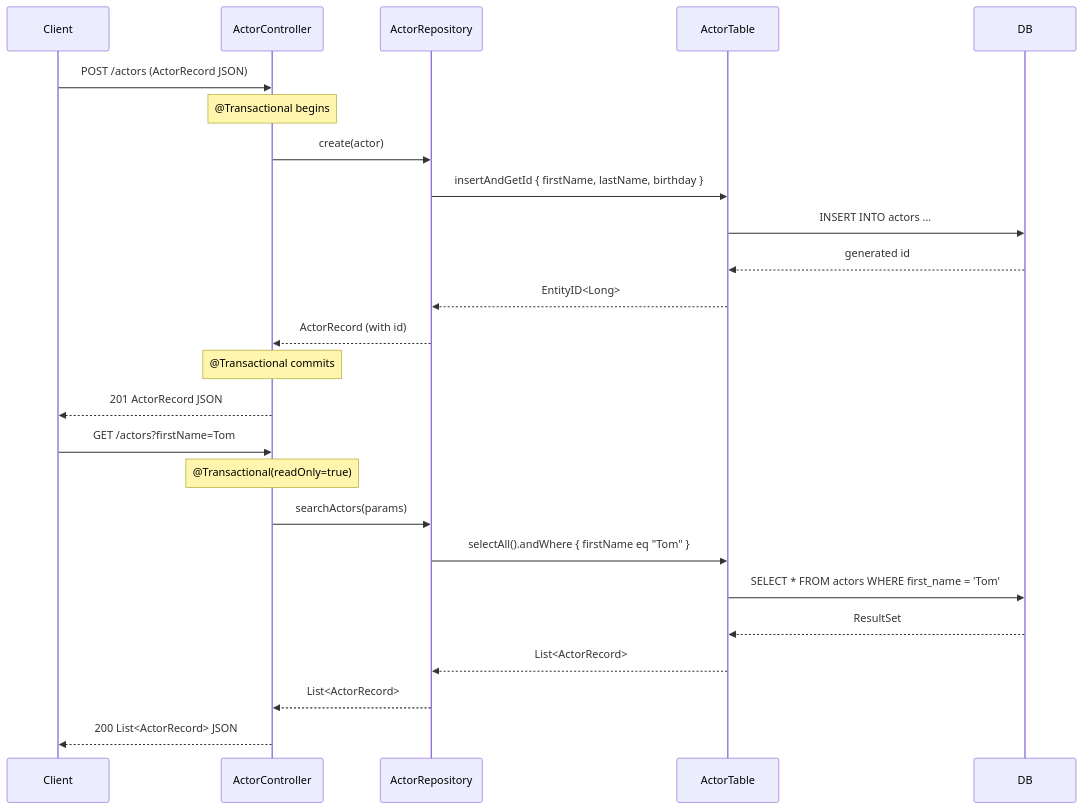
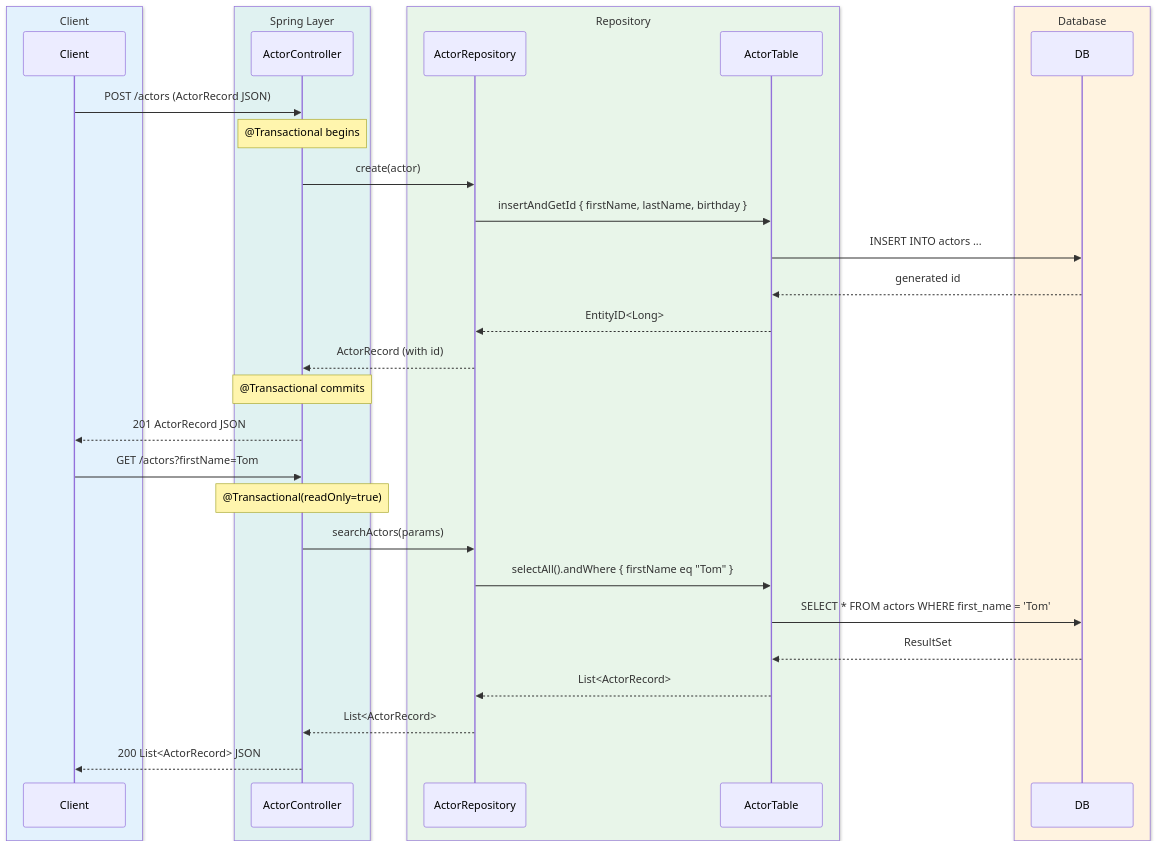
One commit to bluetape4k/exposed-workshop changed the second of 3 diagrams in 01-spring-boot/spring-mvc-exposed/README.md. Above: the diagram before and after it, drawn with Mermaid. The commit also changed 43 other files, not shown here.

First line of the commit message:
docs: sequence diagram에 box rgb() 파스텔 영역 적용

````diff
--- a/01-spring-boot/spring-mvc-exposed/README.md
+++ b/01-spring-boot/spring-mvc-exposed/README.md
@@ -179,28 +179,36 @@
 ```mermaid
-%%{init: {"theme": "neutral", "themeVariables": {"fontFamily": "'Comic Mono', 'goorm sans code', 'JetBrains Mono', 'goorm sans'", "actorBkg": "#E3F2FD", "actorBorder": "#90CAF9", "actorTextColor": "#1565C0", "actorLineColor": "#90CAF9", "activationBkgColor": "#E8F5E9", "activationBorderColor": "#A5D6A7", "labelBoxBkgColor": "#FFF3E0", "labelBoxBorderColor": "#FFCC80", "labelTextColor": "#E65100", "loopTextColor": "#6A1B9A", "noteBkgColor": "#F3E5F5", "noteBorderColor": "#CE93D8", "noteTextColor": "#6A1B9A", "signalColor": "#1565C0", "signalTextColor": "#1565C0"}}}%%
+%%{init: {"theme": "neutral", "themeVariables": {"fontFamily": "'Comic Mono', 'goorm sans code', 'JetBrains Mono', 'goorm sans'"}}}%%
 sequenceDiagram
-    participant Client
-    participant ActorController
-    participant ActorRepository
-    participant ActorTable
-    participant DB
+    box rgb(227, 242, 253) Client
+        participant Client
+    end
+    box rgb(224, 242, 241) Spring Layer
+        participant ActorController
+    end
+    box rgb(232, 245, 233) Repository
+        participant ActorRepository
+        participant ActorTable
+    end
+    box rgb(255, 243, 224) Database
+        participant DB
+    end
     Client ->> ActorController: POST /actors (ActorRecord JSON)
     Note over ActorController: @Transactional begins
     ActorController ->> ActorRepository: create(actor)
     ActorRepository ->> ActorTable: insertAndGetId { firstName, lastName, birthday }
     ActorTable ->> DB: INSERT INTO actors ...
     DB -->> ActorTable: generated id
     ActorTable -->> ActorRepository: EntityID<Long>
     ActorRepository -->> ActorController: ActorRecord (with id)
     Note over ActorController: @Transactional commits
     ActorController -->> Client: 201 ActorRecord JSON
     Client ->> ActorController: GET /actors?firstName=Tom
     Note over ActorController: @Transactional(readOnly=true)
     ActorController ->> ActorRepository: searchActors(params)
     ActorRepository ->> ActorTable: selectAll().andWhere { firstName eq "Tom" }
     ActorTable ->> DB: SELECT * FROM actors WHERE first_name = 'Tom'
     DB -->> ActorTable: ResultSet
     ActorTable -->> ActorRepository: List<ActorRecord>
     ActorRepository -->> ActorController: List<ActorRecord>
     ActorController -->> Client: 200 List<ActorRecord> JSON
 ```
````
